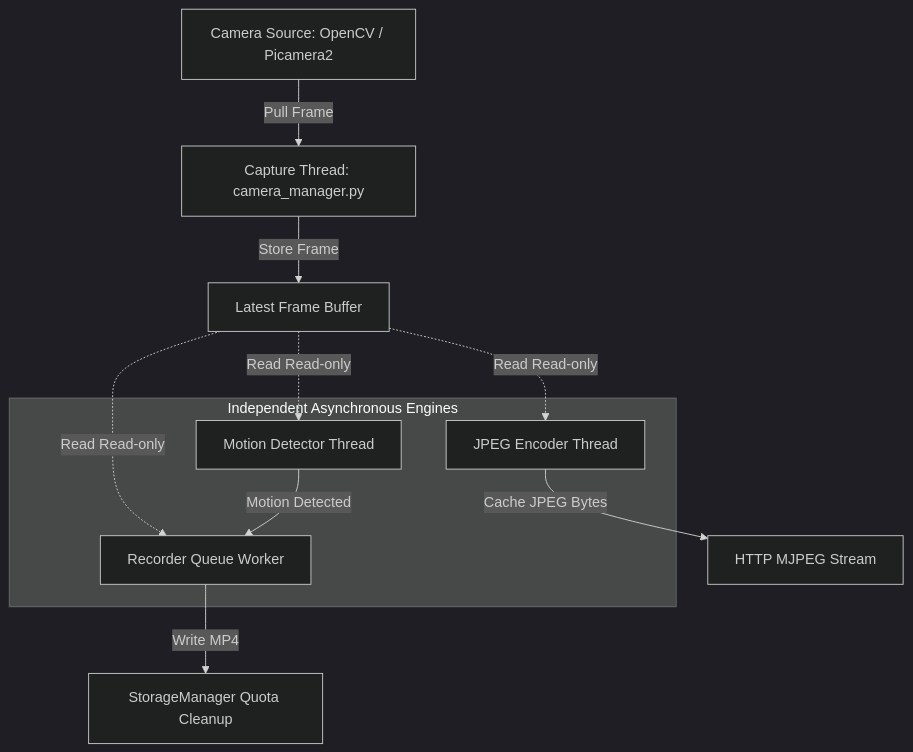
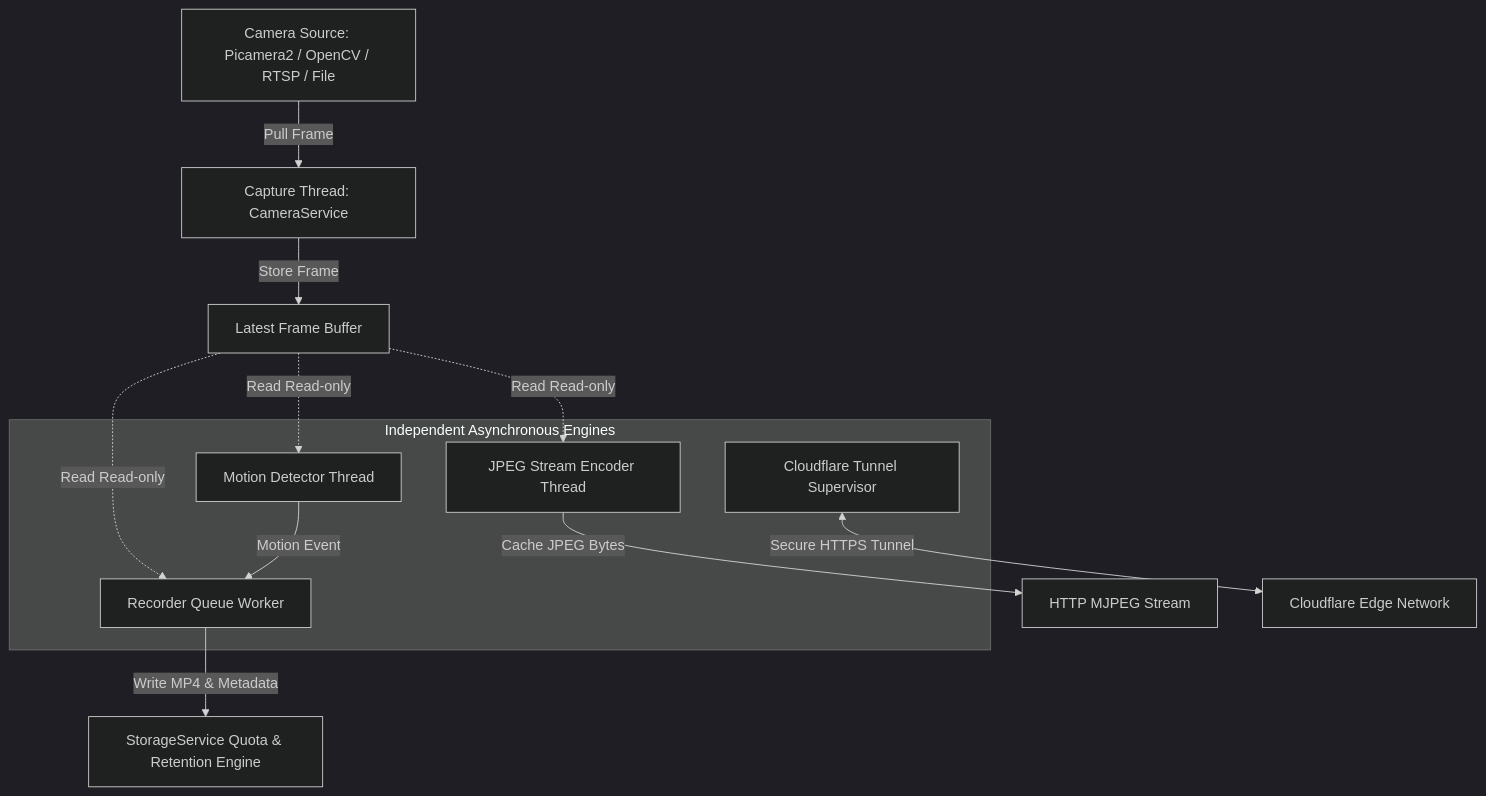
One commit to tusharcancodehere/CamZ changed the diagram in README.md. Above: the diagram before and after it, drawn with Mermaid (dark theme). The commit also changed other lines of this file and 23 other files, not shown here.

````diff
--- a/README.md
+++ b/README.md
@@ -12,23 +13,25 @@
 ```mermaid
 graph TD
-  Camera[Camera Source: OpenCV / Picamera2]
-  Capture[Capture Thread: camera_manager.py]
+  Camera[Camera Source: Picamera2 / OpenCV / RTSP / File]
+  Capture[Capture Thread: CameraService]
   LatestBuffer[Latest Frame Buffer]
   
   Camera -->|Pull Frame| Capture
   Capture -->|Store Frame| LatestBuffer
   
   subgraph Pipelines [Independent Asynchronous Engines]
     Detector[Motion Detector Thread]
-    Encoder[JPEG Encoder Thread]
+    Encoder[JPEG Stream Encoder Thread]
     Recorder[Recorder Queue Worker]
+    Tunnel[Cloudflare Tunnel Supervisor]
   end
 
   LatestBuffer -.->|Read Read-only| Detector
   LatestBuffer -.->|Read Read-only| Encoder
   LatestBuffer -.->|Read Read-only| Recorder
 
   Encoder -->|Cache JPEG Bytes| HTTPStream[HTTP MJPEG Stream]
-  Detector -->|Motion Detected| Recorder
-  Recorder -->|Write MP4| StorageManager[StorageManager Quota Cleanup]
+  Detector -->|Motion Event| Recorder
+  Recorder -->|Write MP4 & Metadata| StorageService[StorageService Quota & Retention Engine]
+  Tunnel <-->|Secure HTTPS Tunnel| Cloudflare[Cloudflare Edge Network]
 ```
````
